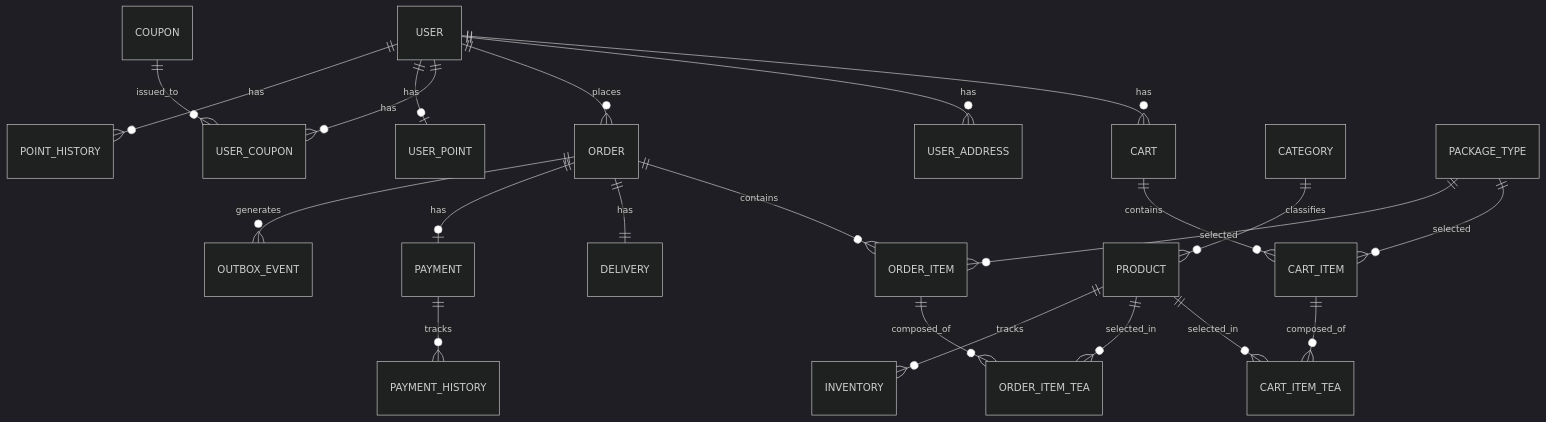
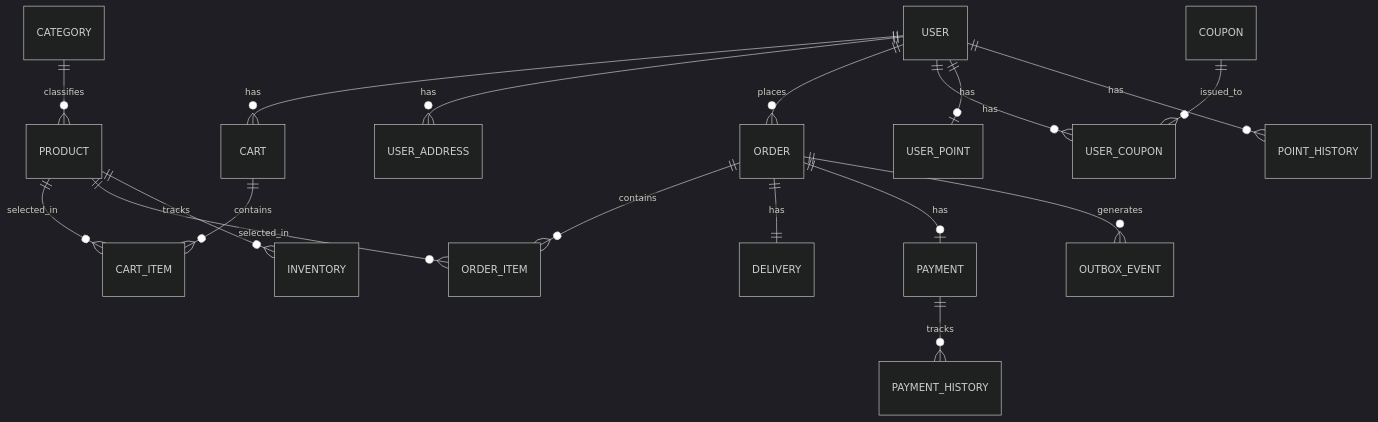
One commit to jay05410/hanghae10-for-study changed the first of 8 diagrams in ecommerce/docs/api/data-models.md. Above: the diagram before and after it, drawn with Mermaid (dark theme). The commit also changed other lines of this file and 8 other files, not shown here.

````diff
--- a/ecommerce/docs/api/data-models.md
+++ b/ecommerce/docs/api/data-models.md
@@ -63,30 +63,25 @@
 ```mermaid
 erDiagram
     USER ||--o{ CART : "has"
     USER ||--o{ USER_ADDRESS : "has"
     USER ||--o{ ORDER : "places"
     USER ||--o{ USER_COUPON : "has"
     USER ||--o| USER_POINT : "has"
     USER ||--o{ POINT_HISTORY : "has"
 
     CATEGORY ||--o{ PRODUCT : "classifies"
 
-    PRODUCT ||--o{ CART_ITEM_TEA : "selected_in"
-    PRODUCT ||--o{ ORDER_ITEM_TEA : "selected_in"
+    PRODUCT ||--o{ CART_ITEM : "selected_in"
+    PRODUCT ||--o{ ORDER_ITEM : "selected_in"
     PRODUCT ||--o{ INVENTORY : "tracks"
 
-    PACKAGE_TYPE ||--o{ CART_ITEM : "selected"
-    PACKAGE_TYPE ||--o{ ORDER_ITEM : "selected"
-
     CART ||--o{ CART_ITEM : "contains"
-    CART_ITEM ||--o{ CART_ITEM_TEA : "composed_of"
 
     ORDER ||--o{ ORDER_ITEM : "contains"
-    ORDER_ITEM ||--o{ ORDER_ITEM_TEA : "composed_of"
     ORDER ||--|| DELIVERY : "has"
     ORDER ||--o| PAYMENT : "has"
     PAYMENT ||--o{ PAYMENT_HISTORY : "tracks"
     ORDER ||--o{ OUTBOX_EVENT : "generates"
 
     COUPON ||--o{ USER_COUPON : "issued_to"
 ```
````
